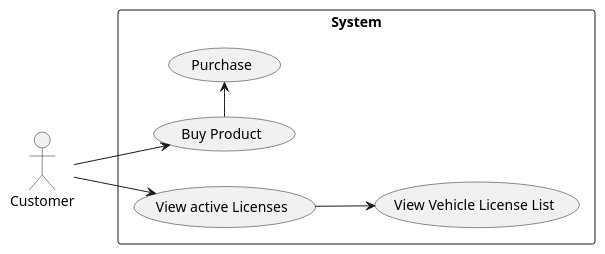
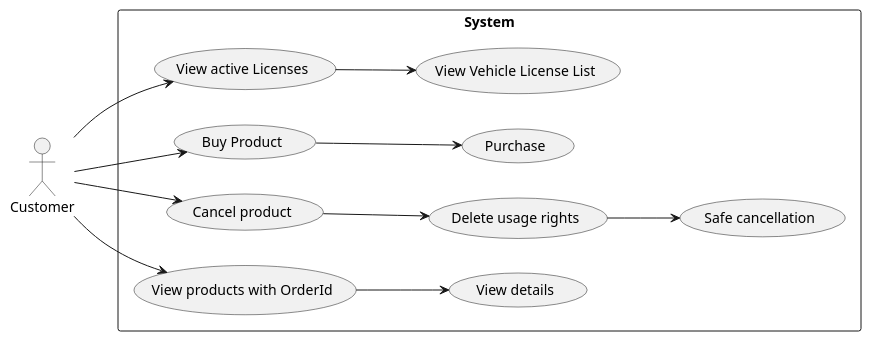
Before and after one commit to ljbg1996/car-backend: the diagram in Phase_1/use case.puml, drawn with PlantUML.

Commit message:
use case angepasst an neue anforderungen

```diff
--- a/Phase_1/use case.puml
+++ b/Phase_1/use case.puml
@@ -1,23 +1,27 @@
 @startuml
 left to right direction
 
 actor "Customer" as at
 rectangle System{
 
 
 
-(Buy Product)  ->(Purchase)
+(Buy Product)  -->(Purchase)
 
 
 'auskommentiert, weil aktuell nicht benötigt
 '(View Compatible Products)---> (View runtime 3/6/9/12): << include>>
 
 
 (View active Licenses)-->(View Vehicle License List)
+(Cancel product)-->(Delete usage rights)
+(Delete usage rights)-->(Safe cancellation)
+(View products with OrderId)-->(View details)
 }
 
 'at --> (View Compatible Products)
 at --> (Buy Product)
 at -> (View active Licenses)
-
+at -->(Cancel product)
+at -->(View products with OrderId)
 @enduml
```
